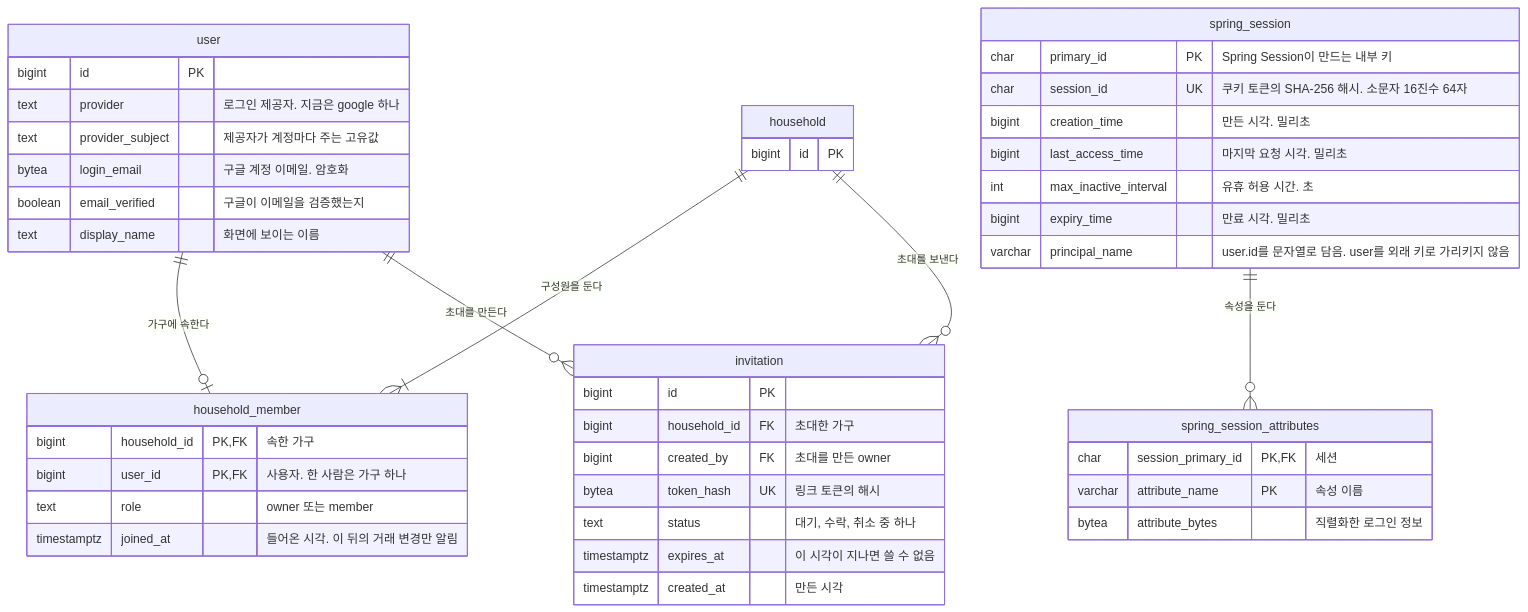
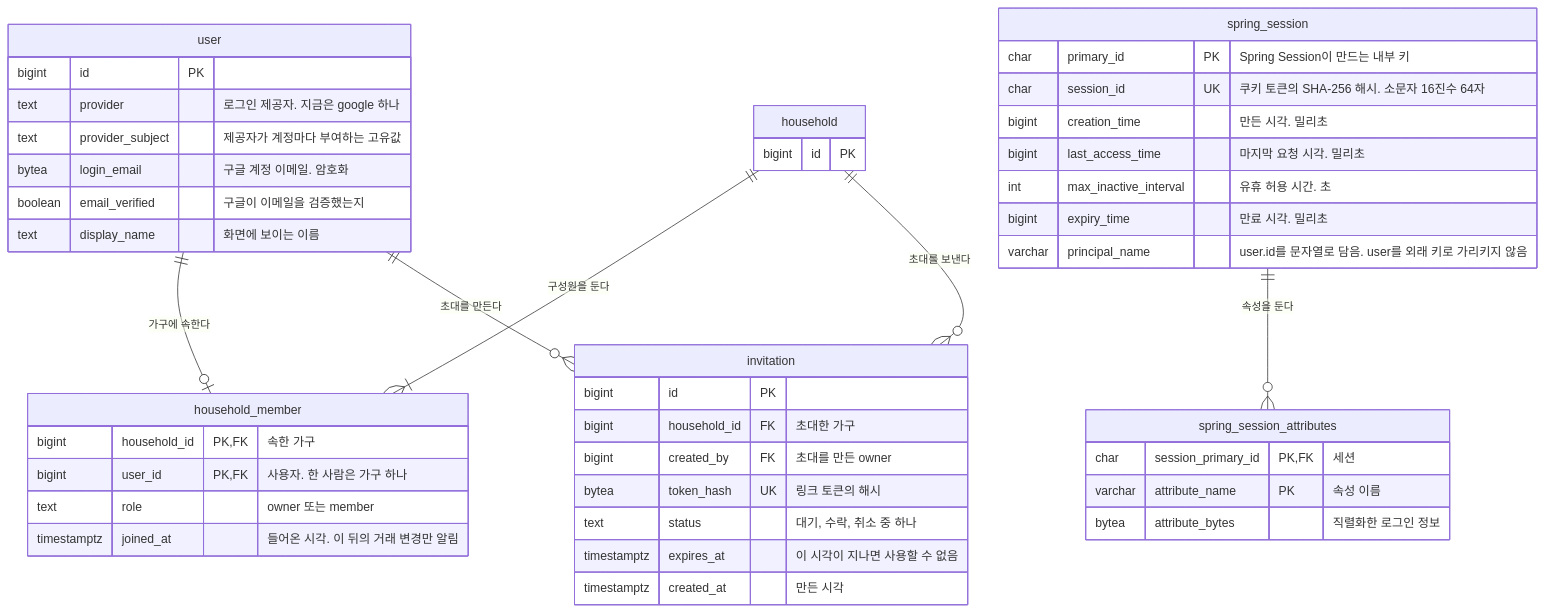
One commit to Park-Seung-Hun/real-estate changed the first of 4 diagrams in docs/architecture/data-model.md. Above: the diagram before and after it, drawn with Mermaid. The commit also changed other lines of this file and 22 other files, not shown here.

````diff
--- a/docs/architecture/data-model.md
+++ b/docs/architecture/data-model.md
@@ -33,48 +33,48 @@
 ```mermaid
 erDiagram
   user {
     bigint id PK
     text provider "로그인 제공자. 지금은 google 하나"
-    text provider_subject "제공자가 계정마다 주는 고유값"
+    text provider_subject "제공자가 계정마다 부여하는 고유값"
     bytea login_email "구글 계정 이메일. 암호화"
     boolean email_verified "구글이 이메일을 검증했는지"
     text display_name "화면에 보이는 이름"
   }
   household {
     bigint id PK
   }
   household_member {
     bigint household_id PK, FK "속한 가구"
     bigint user_id PK, FK "사용자. 한 사람은 가구 하나"
     text role "owner 또는 member"
     timestamptz joined_at "들어온 시각. 이 뒤의 거래 변경만 알림"
   }
   invitation {
     bigint id PK
     bigint household_id FK "초대한 가구"
     bigint created_by FK "초대를 만든 owner"
     bytea token_hash UK "링크 토큰의 해시"
     text status "대기, 수락, 취소 중 하나"
-    timestamptz expires_at "이 시각이 지나면 쓸 수 없음"
+    timestamptz expires_at "이 시각이 지나면 사용할 수 없음"
     timestamptz created_at "만든 시각"
   }
   spring_session {
     char primary_id PK "Spring Session이 만드는 내부 키"
     char session_id UK "쿠키 토큰의 SHA-256 해시. 소문자 16진수 64자"
     bigint creation_time "만든 시각. 밀리초"
     bigint last_access_time "마지막 요청 시각. 밀리초"
     int max_inactive_interval "유휴 허용 시간. 초"
     bigint expiry_time "만료 시각. 밀리초"
     varchar principal_name "user.id를 문자열로 담음. user를 외래 키로 가리키지 않음"
   }
   spring_session_attributes {
     char session_primary_id PK, FK "세션"
     varchar attribute_name PK "속성 이름"
     bytea attribute_bytes "직렬화한 로그인 정보"
   }
   user ||--o| household_member : "가구에 속한다"
   household ||--|{ household_member : "구성원을 둔다"
   household ||--o{ invitation : "초대를 보낸다"
   user ||--o{ invitation : "초대를 만든다"
   spring_session ||--o{ spring_session_attributes : "속성을 둔다"
 ```
````
